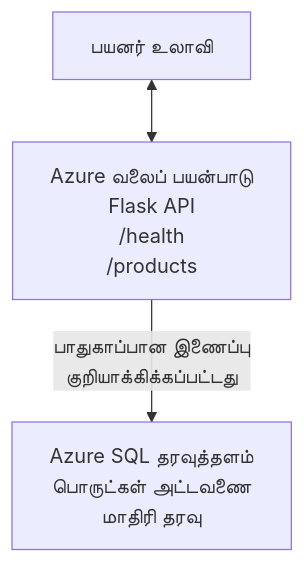
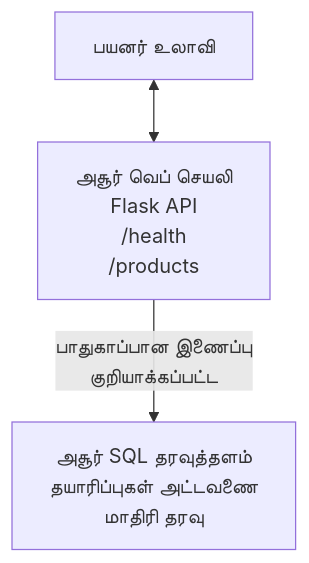
The diagram in translations/ta/examples/database-app/README.md (microsoft/AZD-for-beginners), drawn with Mermaid before and after one commit. The commit also changed other lines of this file and 101 other files, not shown here.

````diff
--- a/translations/ta/examples/database-app/README.md
+++ b/translations/ta/examples/database-app/README.md
@@ -72,5 +72,5 @@
 ```mermaid
 graph TD
-    Browser[பயனர் உலாவி] <--> WebApp[Azure வலைப் பயன்பாடு<br/>Flask API<br/>/health<br/>/products]
-    WebApp -- பாதுகாப்பான இணைப்பு<br/>குறியாக்கிக்கப்பட்டது --> SQL[Azure SQL தரவுத்தளம்<br/>பொருட்கள் அட்டவணை<br/>மாதிரி தரவு]
+    Browser[பயனர் உலாவி] <--> WebApp[அசூர் வெப் செயலி<br/>Flask API<br/>/health<br/>/products]
+    WebApp -- பாதுகாப்பான இணைப்பு<br/>குறியாக்கப்பட்ட --> SQL[அசூர் SQL தரவுத்தளம்<br/>தயாரிப்புகள் அட்டவணை<br/>மாதிரி தரவு]
 ```
````
